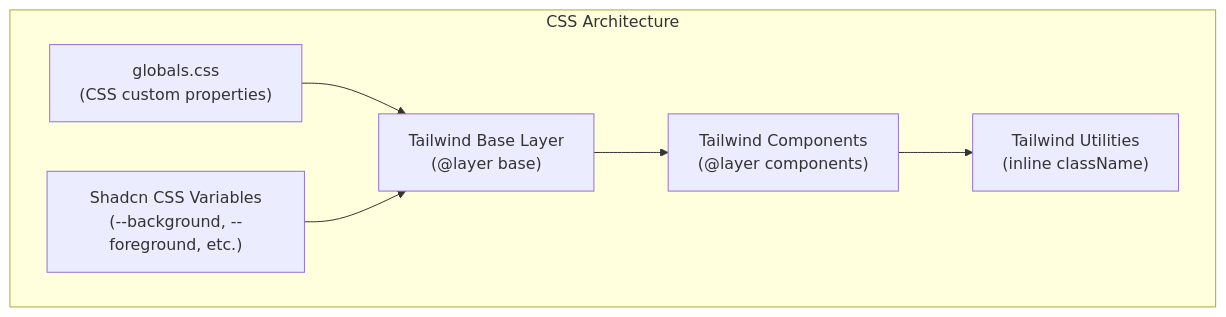
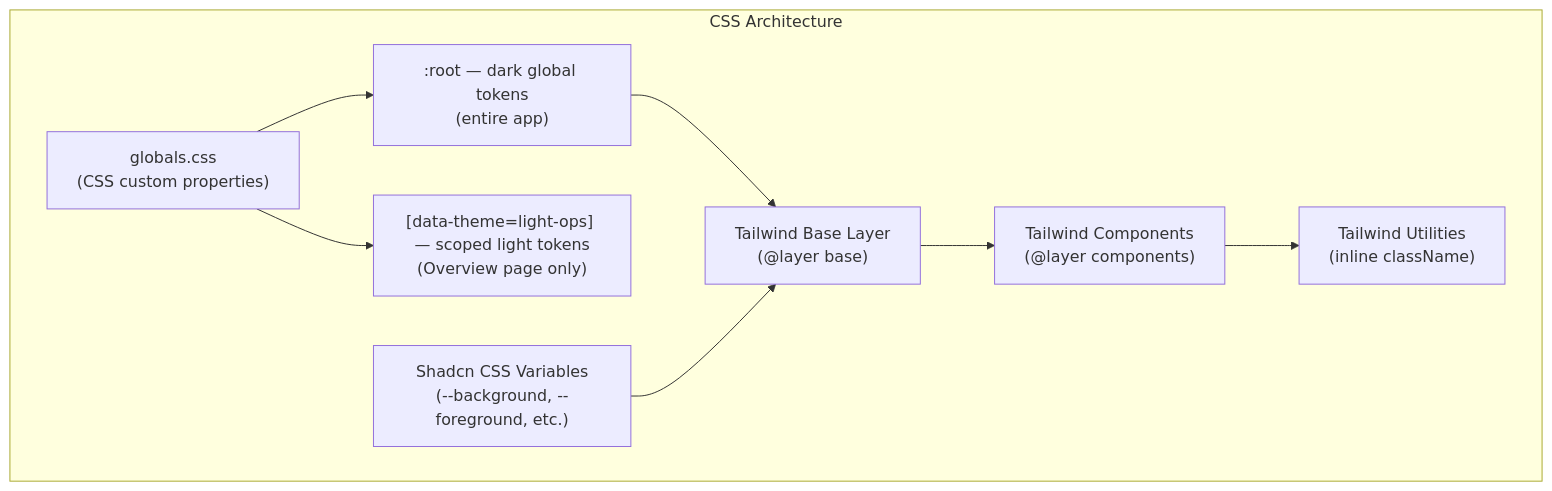
One commit to macho715/logi_hvdc_dash changed diagram 13 of 14 in apps/logistics-dashboard/docs/LAYOUT.md. Above: the diagram before and after it, drawn with Mermaid. The commit also changed other lines of this file and 4 other files, not shown here.

````diff
--- a/apps/logistics-dashboard/docs/LAYOUT.md
+++ b/apps/logistics-dashboard/docs/LAYOUT.md
@@ -618,15 +729,19 @@
 ```mermaid
 graph TD
     subgraph CSSLayers["CSS Architecture"]
         GlobalCSS["globals.css<br/>(CSS custom properties)"]
+        DarkGlobal[":root — dark global tokens<br/>(entire app)"]
+        LightOps["[data-theme=light-ops] — scoped light tokens<br/>(Overview page only)"]
         TailwindBase["Tailwind Base Layer<br/>(@layer base)"]
         TailwindComponents["Tailwind Components<br/>(@layer components)"]
         TailwindUtilities["Tailwind Utilities<br/>(inline className)"]
         ShadcnTokens["Shadcn CSS Variables<br/>(--background, --foreground, etc.)"]
     end
 
-    GlobalCSS --> TailwindBase
+    GlobalCSS --> DarkGlobal
+    GlobalCSS --> LightOps
+    DarkGlobal --> TailwindBase
     TailwindBase --> TailwindComponents
     TailwindComponents --> TailwindUtilities
     ShadcnTokens --> TailwindBase
 ```
````
